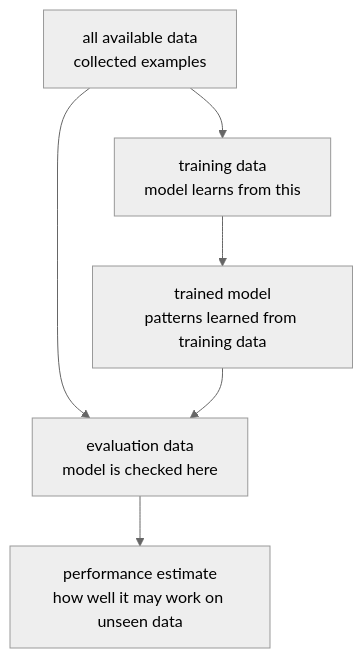
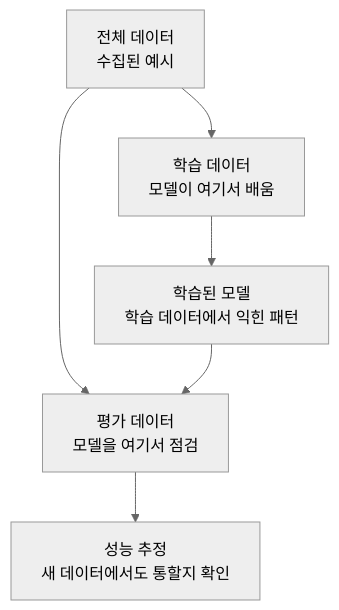
Before and after one commit to devchan64/AiBook: the first of 2 diagrams in docs/parts/part-04/chapter-04/section-01.md, drawn with Mermaid (neutral theme). The commit also changed other lines of this file and 72 other files, not shown here.

````diff
--- a/docs/parts/part-04/chapter-04/section-01.md
+++ b/docs/parts/part-04/chapter-04/section-01.md
@@ -62,14 +62,14 @@
 ```mermaid
 flowchart TB
-  A["all available data<br/>collected examples"]
-  B["training data<br/>model learns from this"]
-  C["evaluation data<br/>model is checked here"]
-  D["trained model<br/>patterns learned from training data"]
-  E["performance estimate<br/>how well it may work on unseen data"]
+  A["전체 데이터<br/>수집된 예시"]
+  B["학습 데이터<br/>모델이 여기서 배움"]
+  C["평가 데이터<br/>모델을 여기서 점검"]
+  D["학습된 모델<br/>학습 데이터에서 익힌 패턴"]
+  E["성능 추정<br/>새 데이터에서도 통할지 확인"]
 
   A --> B
   A --> C
   B --> D
   D --> C
   C --> E
 ```
````
